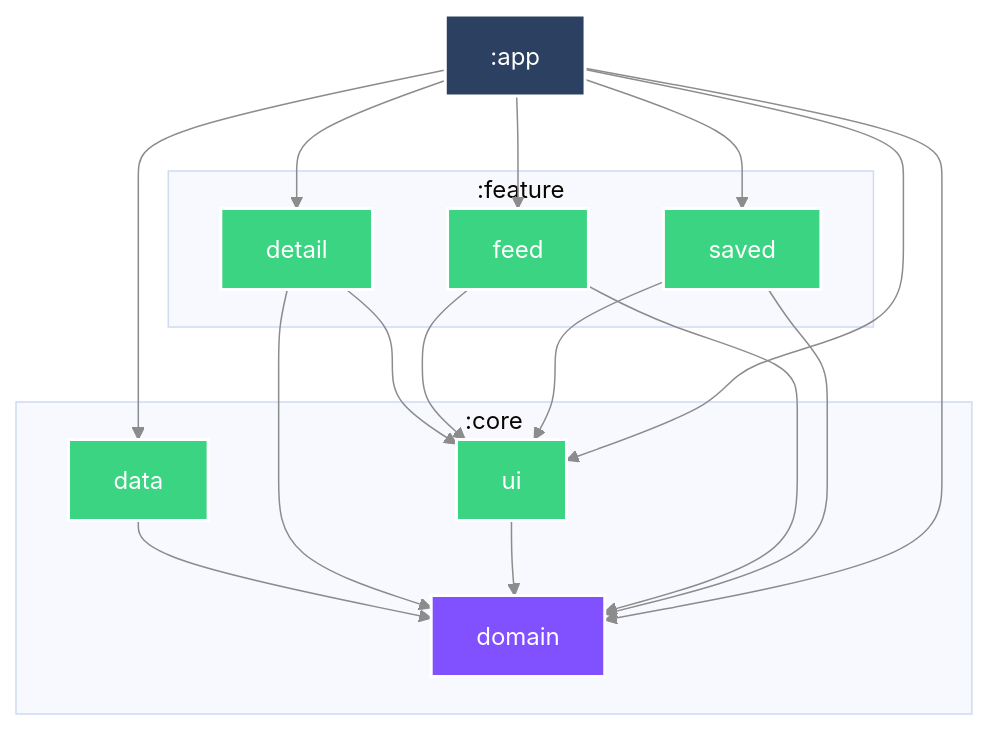
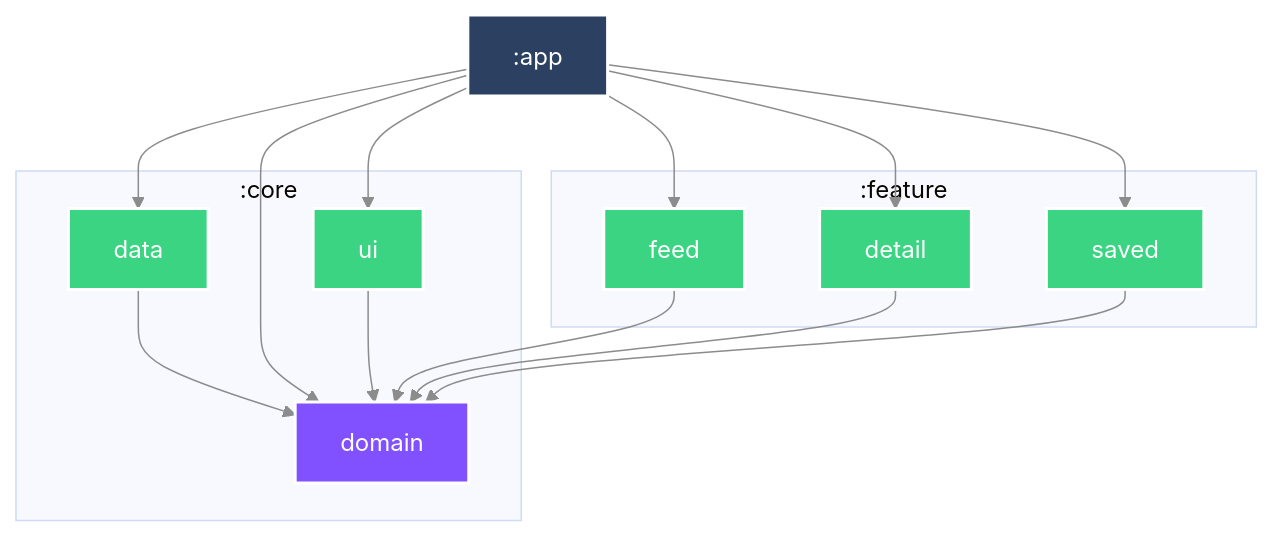
One commit to Mett-Barr/Mosaic changed the diagram in README.md. Above: the diagram before and after it, drawn with Mermaid. The commit also changed other lines of this file and 6 other files, not shown here.

````diff
--- a/README.md
+++ b/README.md
@@ -39,46 +39,43 @@
 ```mermaid
 %%{
   init: {
     'theme': 'base',
     'themeVariables': {"lineColor":"#8C8C8C"}
   }
 }%%
 
 graph TB
   subgraph :core
     :core:data["data"]
     :core:domain["domain"]
     :core:ui["ui"]
   end
   subgraph :feature
     :feature:detail["detail"]
     :feature:feed["feed"]
     :feature:saved["saved"]
   end
   :core:data --> :core:domain
-  :feature:detail --> :core:ui
   :feature:detail --> :core:domain
   :core:ui --> :core:domain
-  :feature:feed --> :core:ui
   :feature:feed --> :core:domain
-  :feature:saved --> :core:ui
   :feature:saved --> :core:domain
   :app --> :core:data
   :app --> :core:domain
   :app --> :core:ui
   :app --> :feature:feed
   :app --> :feature:detail
   :app --> :feature:saved
 
 classDef android-library fill:#3BD482,stroke:#fff,stroke-width:2px,color:#fff;
 classDef kotlin-jvm fill:#8150FF,stroke:#fff,stroke-width:2px,color:#fff;
 classDef android-application fill:#2C4162,stroke:#fff,stroke-width:2px,color:#fff;
 class :core:data android-library
 class :core:domain kotlin-jvm
 class :feature:detail android-library
 class :core:ui android-library
 class :feature:feed android-library
 class :feature:saved android-library
 class :app android-application
 
 ```
````
